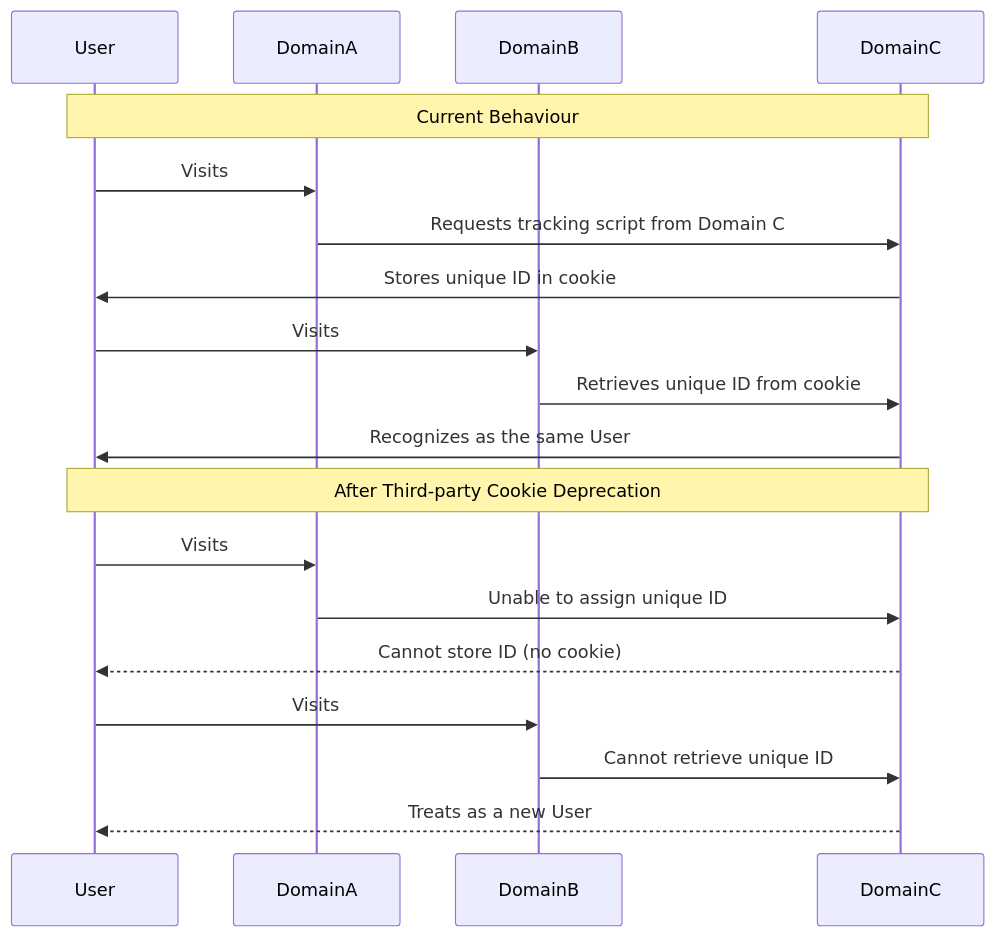
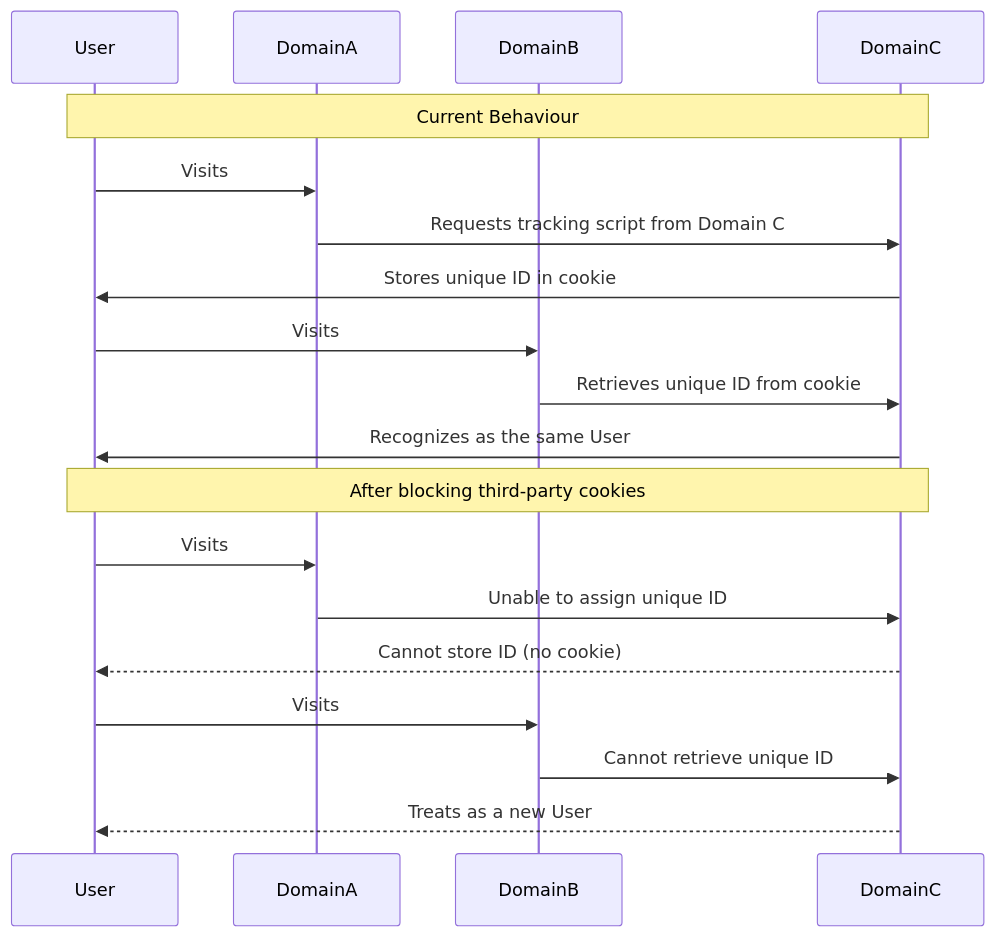
One commit to rtCamp/psat-demos changed the first of 4 diagrams in README.md. Above: the diagram before and after it, drawn with Mermaid. The commit also changed other lines of this file, not shown here.

````diff
--- a/README.md
+++ b/README.md
@@ -90,25 +87,25 @@
 ```mermaid
 sequenceDiagram
     participant User
     participant DomainA
     participant DomainB
     participant DomainC
     
     Note over User,DomainC: Current Behaviour
     
     User->>DomainA: Visits
     DomainA->>DomainC: Requests tracking script from Domain C
     DomainC->>User: Stores unique ID in cookie
     User->>DomainB: Visits
     DomainB->>DomainC: Retrieves unique ID from cookie
     DomainC->>User: Recognizes as the same User
 
-    Note over User,DomainC: After Third-party Cookie Deprecation
+    Note over User,DomainC: After blocking third-party cookies
     
     User->>DomainA: Visits
     DomainA->>DomainC: Unable to assign unique ID
     DomainC-->>User: Cannot store ID (no cookie)
     User->>DomainB: Visits
     DomainB->>DomainC: Cannot retrieve unique ID
     DomainC-->>User: Treats as a new User
 ```
````
